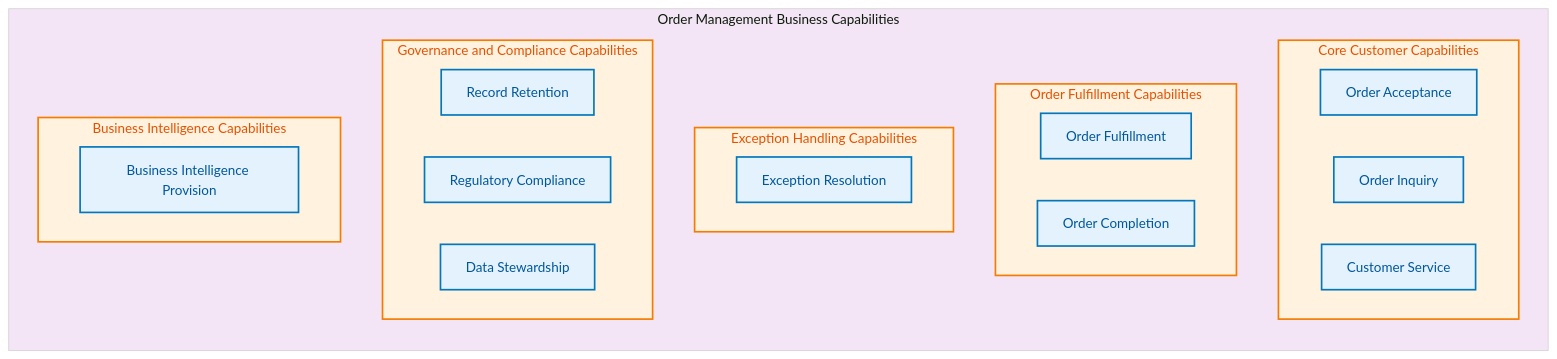
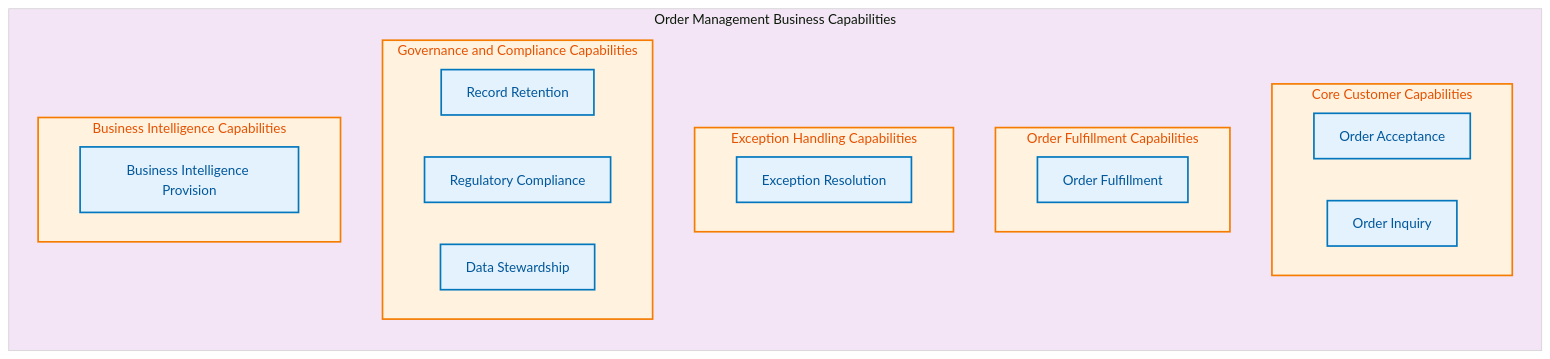
One commit to Evilazaro/Azure-LogicApps-Monitoring changed the first of 7 diagrams in docs/architecture/01-business-architecture.md. Above: the diagram before and after it, drawn with Mermaid. The commit also changed other lines of this file, not shown here.

Commit message:
Refactor Business Architecture document: streamline capability definitions, enhance clarity in value streams, and update process flow descriptions

````diff
--- a/docs/architecture/01-business-architecture.md
+++ b/docs/architecture/01-business-architecture.md
@@ -134,38 +134,36 @@
 ```mermaid
 %%{init: {'theme':'base', 'themeVariables': { 'primaryColor':'#e3f2fd','primaryTextColor':'#01579b','primaryBorderColor':'#0277bd','lineColor':'#0277bd','secondaryColor':'#fff3e0','tertiaryColor':'#f3e5f5'}}}%%
 flowchart TB
     subgraph "Order Management Business Capabilities"
         direction TB
 
         subgraph CORE["Core Customer Capabilities"]
             OA[Order Acceptance]
             OI[Order Inquiry]
-            CS[Customer Service]
         end
 
         subgraph FULFILLMENT["Order Fulfillment Capabilities"]
             OF[Order Fulfillment]
-            OC[Order Completion]
         end
 
         subgraph EXCEPTION["Exception Handling Capabilities"]
             ER[Exception Resolution]
         end
 
         subgraph GOVERNANCE["Governance and Compliance Capabilities"]
             RR[Record Retention]
             RC[Regulatory Compliance]
             DS[Data Stewardship]
         end
 
         subgraph INTELLIGENCE["Business Intelligence Capabilities"]
             BP[Business Intelligence Provision]
         end
     end
 
     classDef bizCap fill:#e3f2fd,stroke:#0277bd,stroke-width:2px,color:#01579b
     classDef boundary fill:#fff3e0,stroke:#f57c00,stroke-width:2px,color:#e65100
 
-    class OA,OI,CS,OF,OC,ER,RR,RC,DS,BP bizCap
+    class OA,OI,OF,ER,RR,RC,DS,BP bizCap
     class CORE,FULFILLMENT,EXCEPTION,GOVERNANCE,INTELLIGENCE boundary
 ```
````
